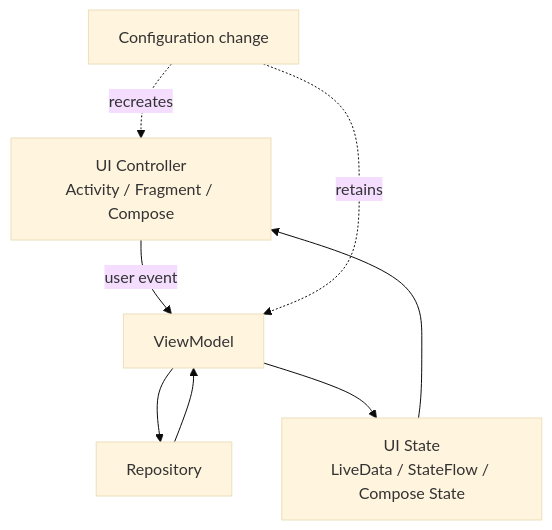
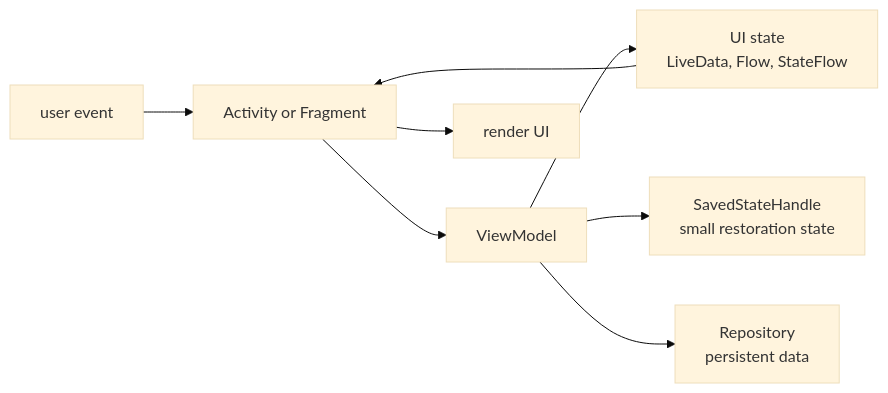
Before and after one commit to m1ser4ble/m1ser4ble.github.io: the second of 3 diagrams in _posts/2026-06-09-manifest-android-interview-03-jetpack-business-logic.md, drawn with Mermaid (base theme). The commit also changed other lines of this file and 3 other files, not shown here.

```diff
--- a/_posts/2026-06-09-manifest-android-interview-03-jetpack-business-logic.md
+++ b/_posts/2026-06-09-manifest-android-interview-03-jetpack-business-logic.md
@@ -109,16 +134,18 @@
 <div class="mermaid">
-flowchart TD
-    UI[UI Controller<br/>Activity / Fragment / Compose]
-    VM[ViewModel]
-    State[UI State<br/>LiveData / StateFlow / Compose State]
-    Repo[Repository]
-    Config[Configuration change]
+flowchart LR
+    Event["user event"]
+    UI["Activity or Fragment"]
+    VM["ViewModel"]
+    State["UI state<br/>LiveData, Flow, StateFlow"]
+    Render["render UI"]
+    Saved["SavedStateHandle<br/>small restoration state"]
+    Repo["Repository<br/>persistent data"]
 
-    UI -->|user event| VM
-    VM --> Repo
-    Repo --> VM
+    Event --> UI
+    UI --> VM
     VM --> State
     State --> UI
-    Config -. recreates .-> UI
-    Config -. retains .-> VM
+    UI --> Render
+    VM --> Saved
+    VM --> Repo
 </div>
```
